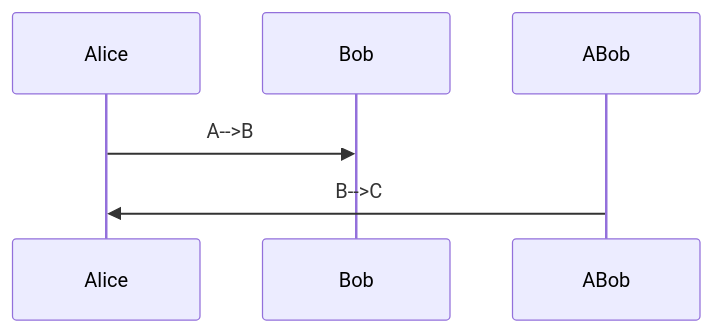
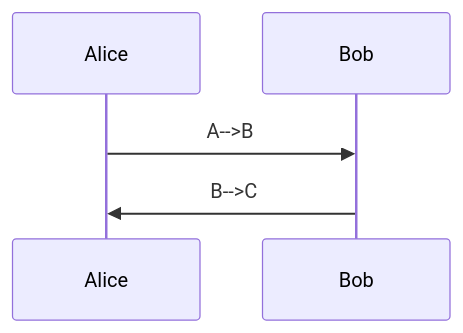
Before and after one commit to eemeli3/fullstack_tehtavat: the diagram in osa0/osa0_tehtavat.md, drawn with Mermaid.

````diff
--- a/osa0/osa0_tehtavat.md
+++ b/osa0/osa0_tehtavat.md
@@ -1,7 +1,7 @@
 ```mermaid
 sequenceDiagram;
     participant Alice;
     participant Bob;
     Alice->>Bob: A-->B;
-    ABob->>Alice: B-->C;
+    Bob->>Alice: B-->C;
 ```
````
